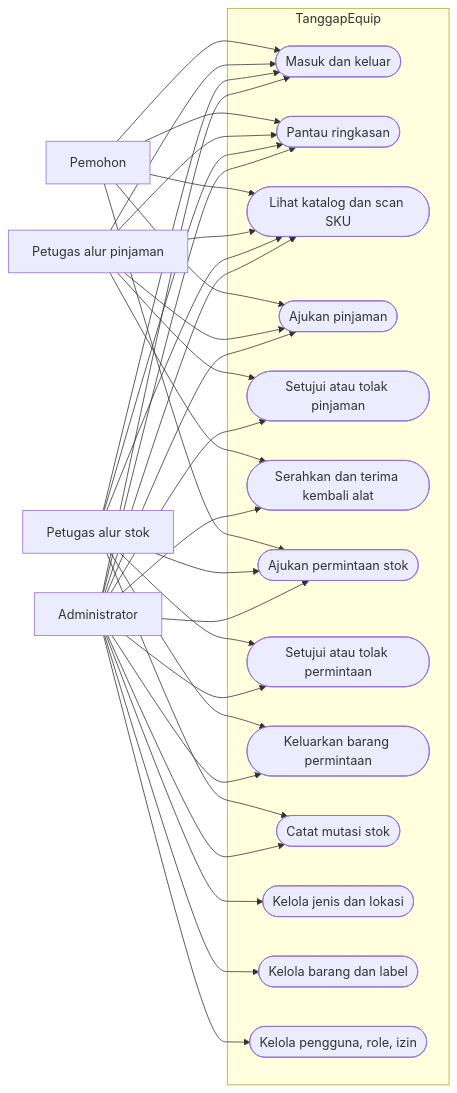
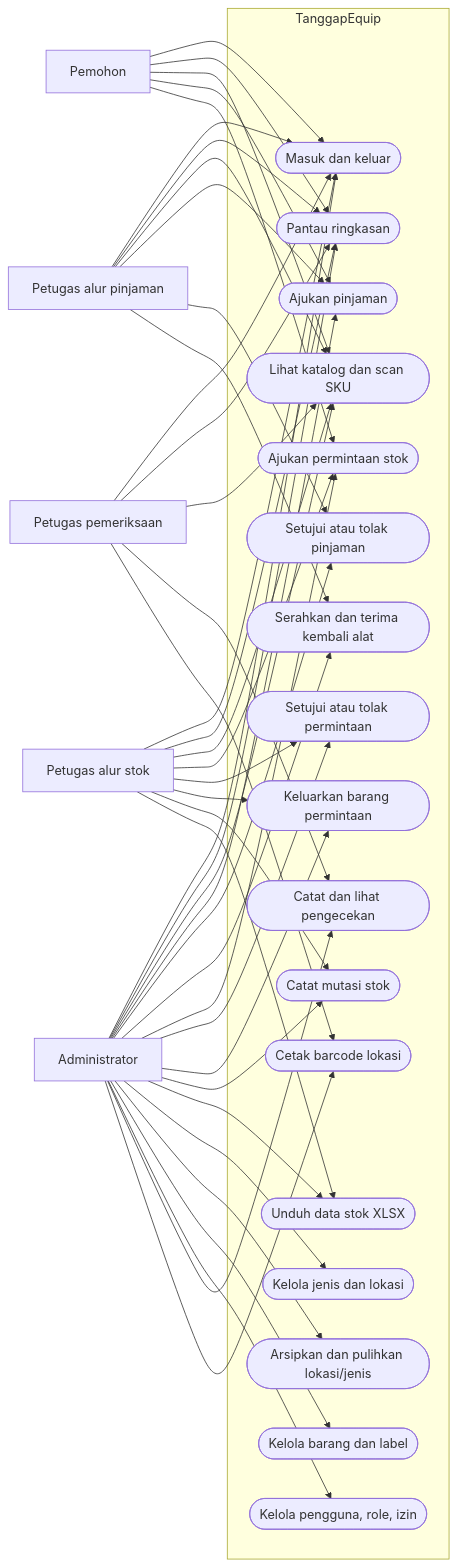
Before and after one commit to fandychan99/inventory_max: the first of 8 diagrams in docs/UML.md, drawn with Mermaid. The commit also changed other lines of this file and 51 other files, not shown here.

````diff
--- a/docs/UML.md
+++ b/docs/UML.md
@@ -7,28 +7,34 @@
 ```mermaid
 flowchart LR
     applicant["Pemohon"]
     loanOfficer["Petugas alur pinjaman"]
     stockOfficer["Petugas alur stok"]
+    checkOfficer["Petugas pemeriksaan"]
     admin["Administrator"]
 
     subgraph system["TanggapEquip"]
         login(["Masuk dan keluar"])
         dashboard(["Pantau ringkasan"])
         catalog(["Lihat katalog dan scan SKU"])
         applyLoan(["Ajukan pinjaman"])
         decideLoan(["Setujui atau tolak pinjaman"])
         handover(["Serahkan dan terima kembali alat"])
         applyStock(["Ajukan permintaan stok"])
         decideStock(["Setujui atau tolak permintaan"])
         fulfill(["Keluarkan barang permintaan"])
         adjust(["Catat mutasi stok"])
         locations(["Kelola jenis dan lokasi"])
         items(["Kelola barang dan label"])
         access(["Kelola pengguna, role, izin"])
+        inspect(["Catat dan lihat pengecekan"])
+        locationLabel(["Cetak barcode lokasi"])
+        exportStock(["Unduh data stok XLSX"])
+        archive(["Arsipkan dan pulihkan lokasi/jenis"])
     end
 
     applicant --> login & dashboard & catalog & applyLoan & applyStock
     loanOfficer --> login & dashboard & catalog & applyLoan & decideLoan & handover
-    stockOfficer --> login & dashboard & catalog & applyStock & decideStock & fulfill & adjust
-    admin --> login & dashboard & catalog & applyLoan & decideLoan & handover & applyStock & decideStock & fulfill & adjust & locations & items & access
+    stockOfficer --> login & dashboard & catalog & applyStock & decideStock & fulfill & adjust & exportStock
+    checkOfficer --> login & dashboard & catalog & inspect & locationLabel
+    admin --> login & dashboard & catalog & applyLoan & decideLoan & handover & applyStock & decideStock & fulfill & adjust & exportStock & locations & archive & items & access & inspect & locationLabel
 ```
````
